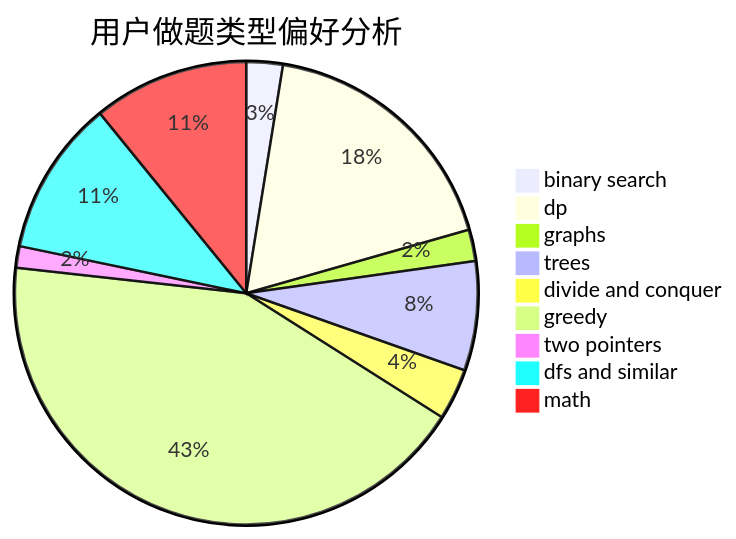
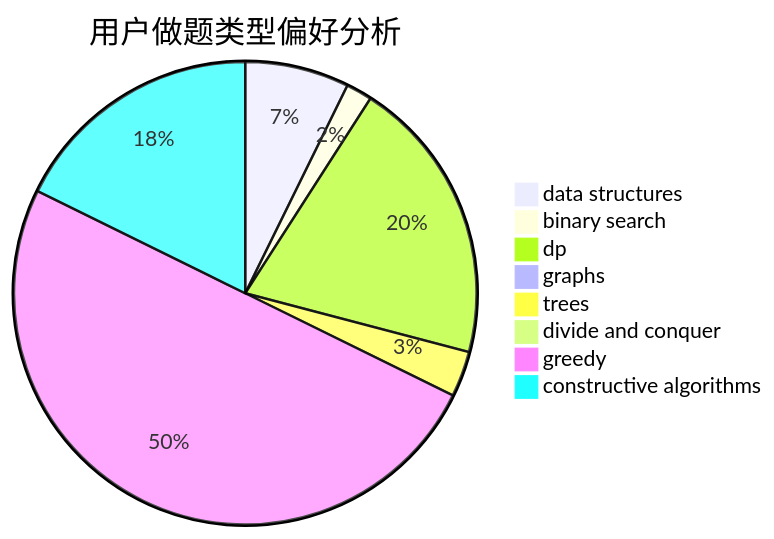
One commit to sherpahu/cfrs.github.io changed the second of 3 diagrams in docs/user/u2002.md. Above: the diagram before and after it, drawn with Mermaid. The commit also changed other lines of this file and 2775 other files, not shown here.

````diff
--- a/docs/user/u2002.md
+++ b/docs/user/u2002.md
@@ -23,12 +23,11 @@
 ```mermaid
 pie title 用户做题类型偏好分析
-    "binary search" :  22
-    "dp" :  156
-    "graphs" :  19
-    "trees" :  66
-    "divide and conquer" :  31
-    "greedy" :  370
-    "two pointers" :  13
-    "dfs and similar" :  94
-    "math" :  94
+    "data structures" :  16
+    "binary search" :  4
+    "dp" :  44
+    "graphs" :  0
+    "trees" :  7
+    "divide and conquer" :  0
+    "greedy" :  110
+    "constructive algorithms" :  39
 ```
````
